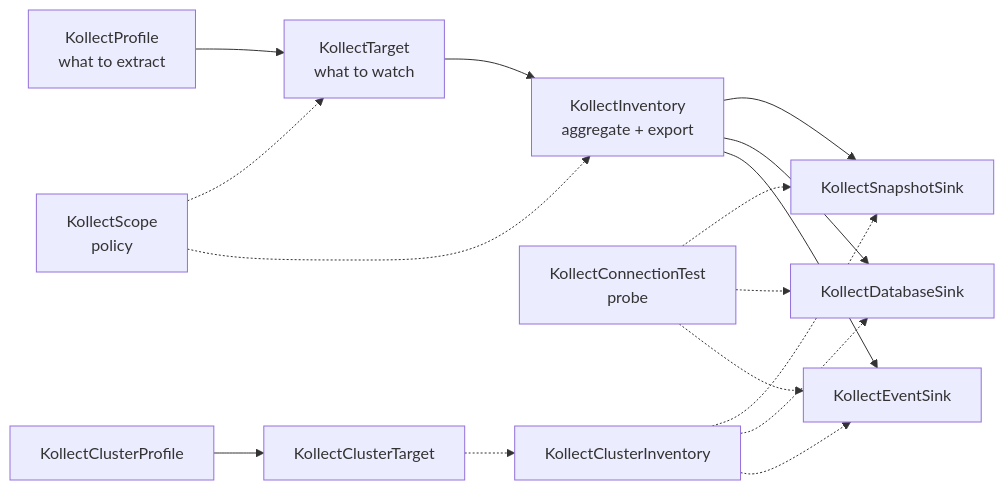
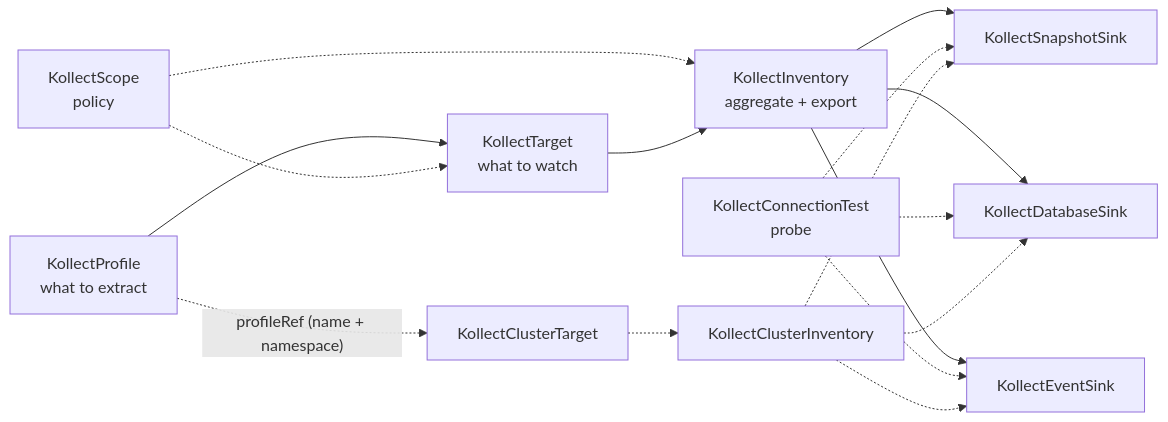
One commit to konih/kollect changed the diagram in docs/CR-REFERENCE.md. Above: the diagram before and after it, drawn with Mermaid. The commit also changed other lines of this file and 22 other files, not shown here.

````diff
--- a/docs/CR-REFERENCE.md
+++ b/docs/CR-REFERENCE.md
@@ -24,30 +24,29 @@
 ```mermaid
 flowchart LR
   Profile[KollectProfile<br/>what to extract]
   Scope[KollectScope<br/>policy]
   Target[KollectTarget<br/>what to watch]
   Inv[KollectInventory<br/>aggregate + export]
   Snap[KollectSnapshotSink]
   Db[KollectDatabaseSink]
   Ev[KollectEventSink]
   ConnTest[KollectConnectionTest<br/>probe]
-  CProf[KollectClusterProfile]
   CTarget[KollectClusterTarget]
   CInv[KollectClusterInventory]
 
   Profile --> Target
   Scope -.-> Target
   Scope -.-> Inv
   Target --> Inv
   Inv --> Snap
   Inv --> Db
   Inv --> Ev
   ConnTest -.-> Snap
   ConnTest -.-> Db
   ConnTest -.-> Ev
-  CProf --> CTarget
+  Profile -.->|"profileRef (name + namespace)"| CTarget
   CTarget -.-> CInv
   CInv -.-> Snap
   CInv -.-> Db
   CInv -.-> Ev
 ```
````
